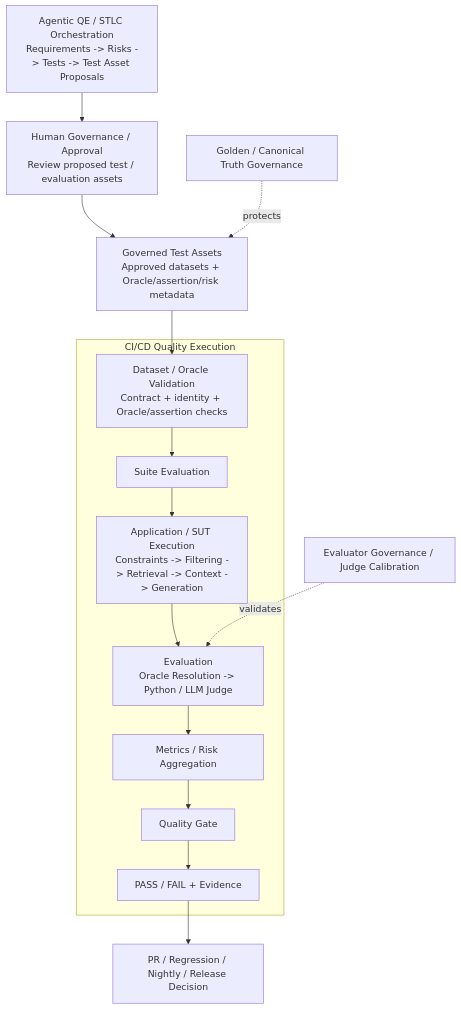
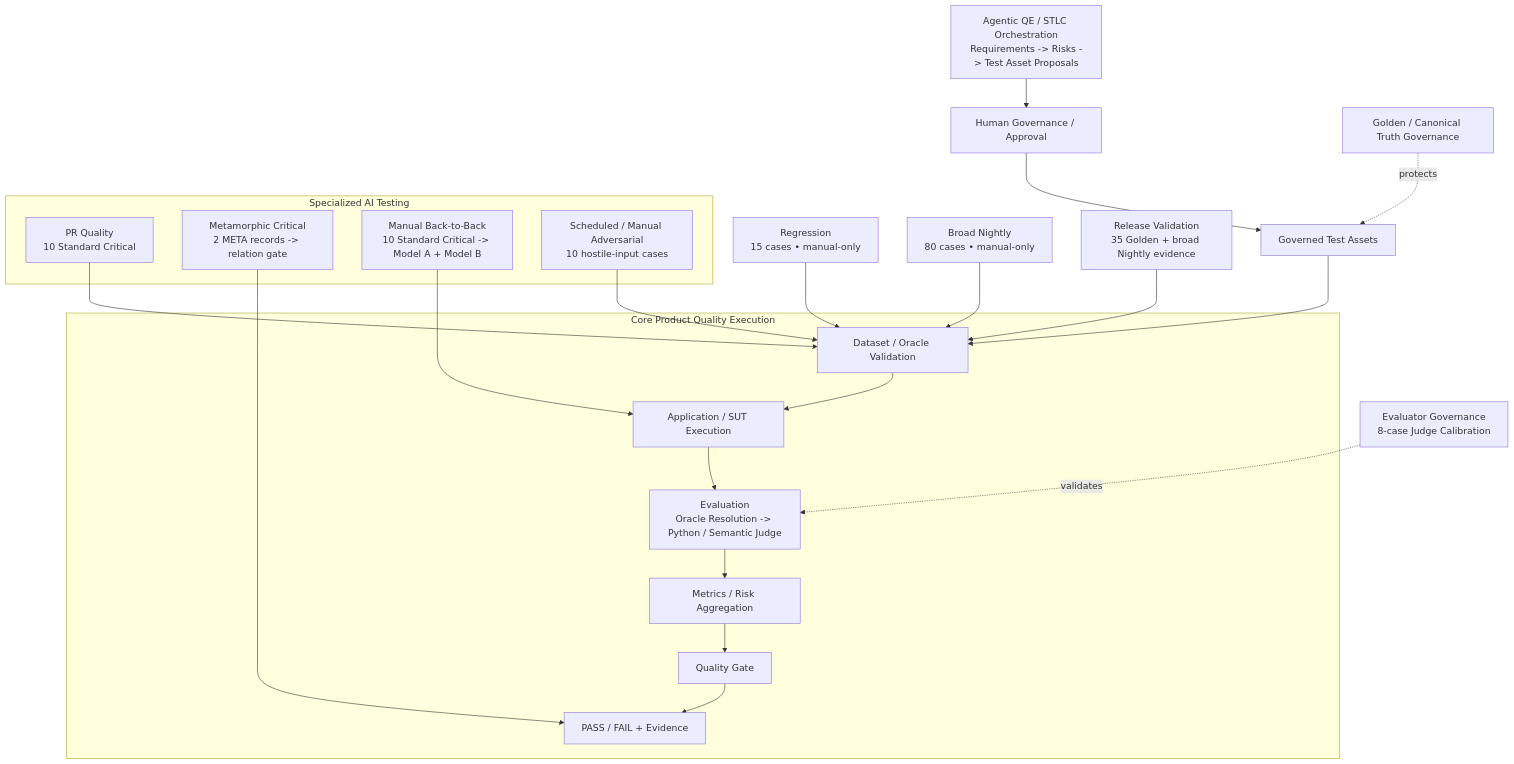
The first of 7 diagrams in docs/master_architecture.md (oleksandrserhieiev-beep/ai-qe-lab), drawn with Mermaid before and after one commit. The commit also changed other lines of this file, not shown here.

Commit message:
Align master architecture with current specialized workflows

````diff
--- a/docs/master_architecture.md
+++ b/docs/master_architecture.md
@@ -16,32 +17,40 @@
 ```mermaid
 flowchart TB
-    ORCH["Agentic QE / STLC Orchestration\nRequirements -> Risks -> Tests -> Test Asset Proposals"]
-    HGA["Human Governance / Approval\nReview proposed test / evaluation assets"]
-    GTA["Governed Test Assets\nApproved datasets + Oracle/assertion/risk metadata"]
+    ORCH["Agentic QE / STLC Orchestration\nRequirements -> Risks -> Test Asset Proposals"]
+    HGA["Human Governance / Approval"]
+    GTA["Governed Test Assets"]
 
-    ORCH --> HGA
-    HGA --> GTA
+    ORCH --> HGA --> GTA
 
-    subgraph CICD["CI/CD Quality Execution"]
-        DV["Dataset / Oracle Validation\nContract + identity + Oracle/assertion checks"]
-        SE["Suite Evaluation"]
-        APP["Application / SUT Execution\nConstraints -> Filtering -> Retrieval -> Context -> Generation"]
-        EV["Evaluation\nOracle Resolution -> Python / LLM Judge"]
+    subgraph CORE["Core Product Quality Execution"]
+        DV["Dataset / Oracle Validation"]
+        APP["Application / SUT Execution"]
+        EV["Evaluation\nOracle Resolution -> Python / Semantic Judge"]
         AGG["Metrics / Risk Aggregation"]
         QG["Quality Gate"]
         EVID["PASS / FAIL + Evidence"]
 
-        DV --> SE
-        SE --> APP
-        APP --> EV
-        EV --> AGG
-        AGG --> QG
-        QG --> EVID
+        DV --> APP --> EV --> AGG --> QG --> EVID
     end
 
     GTA --> DV
-    EVID --> DEC["PR / Regression / Nightly / Release Decision"]
 
-    GOLD["Golden / Canonical Truth Governance"] -. protects .-> GTA
-    JG["Evaluator Governance / Judge Calibration"] -. validates .-> EV
+    subgraph SPEC["Specialized AI Testing"]
+        PR["PR Quality\n10 Standard Critical"]
+        META["Metamorphic Critical\n2 META records -> relation gate"]
+        B2B["Manual Back-to-Back\n10 Standard Critical -> Model A + Model B"]
+        ADV["Scheduled / Manual Adversarial\n10 hostile-input cases"]
+    end
+
+    PR --> DV
+    META --> EVID
+    B2B --> APP
+    ADV --> DV
+
+    REG["Regression\n15 cases • manual-only"] --> DV
+    NIGHT["Broad Nightly\n80 cases • manual-only"] --> DV
+    REL["Release Validation\n35 Golden + broad Nightly evidence"] --> DV
+
+    JG["Evaluator Governance\n8-case Judge Calibration"] -. validates .-> EV
+    GG["Golden / Canonical Truth Governance"] -. protects .-> GTA
 ```
````
